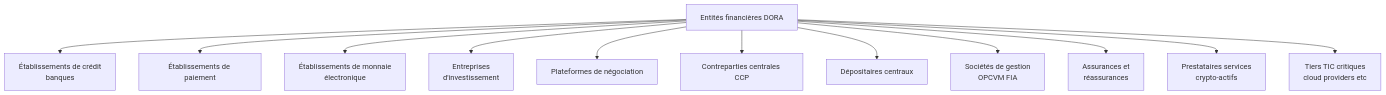
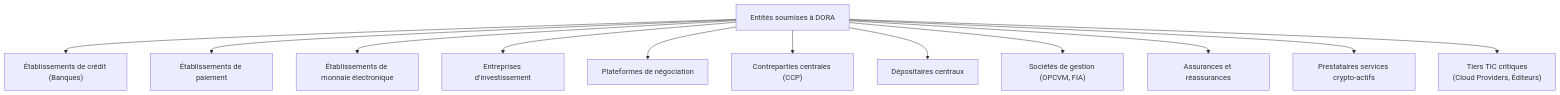
One commit to zyrass/omnydocs changed the second of 7 diagrams in docs/cursus-forensic/01-cycle-0-fondations/module-1-legislation/09-dora-pour-secteur-financier.md. Above: the diagram before and after it, drawn with Mermaid. The commit also changed other lines of this file and 171 other files, not shown here.

````diff
--- a/docs/cursus-forensic/01-cycle-0-fondations/module-1-legislation/09-dora-pour-secteur-financier.md
+++ b/docs/cursus-forensic/01-cycle-0-fondations/module-1-legislation/09-dora-pour-secteur-financier.md
@@ -75,14 +78,14 @@
 ```mermaid
 flowchart TB
-    A[Entités financières DORA] --> B[Établissements de crédit<br>banques]
-    A --> C[Établissements de paiement]
-    A --> D[Établissements de monnaie<br>électronique]
-    A --> E[Entreprises<br>d'investissement]
-    A --> F[Plateformes de négociation]
-    A --> G[Contreparties centrales CCP]
-    A --> H[Dépositaires centraux]
-    A --> I[Sociétés de gestion<br>OPCVM FIA]
-    A --> J[Assurances et<br>réassurances]
-    A --> K[Prestataires services<br>crypto-actifs]
-    A --> L[Tiers TIC critiques<br>cloud providers etc]
+    A["Entités soumises à DORA"] --> B["Établissements de crédit (Banques)"]
+    A --> C["Établissements de paiement"]
+    A --> D["Établissements de monnaie électronique"]
+    A --> E["Entreprises d'investissement"]
+    A --> F["Plateformes de négociation"]
+    A --> G["Contreparties centrales (CCP)"]
+    A --> H["Dépositaires centraux"]
+    A --> I["Sociétés de gestion (OPCVM, FIA)"]
+    A --> J["Assurances et réassurances"]
+    A --> K["Prestataires services crypto-actifs"]
+    A --> L["Tiers TIC critiques<br>(Cloud Providers, Éditeurs)"]
 ```
````
